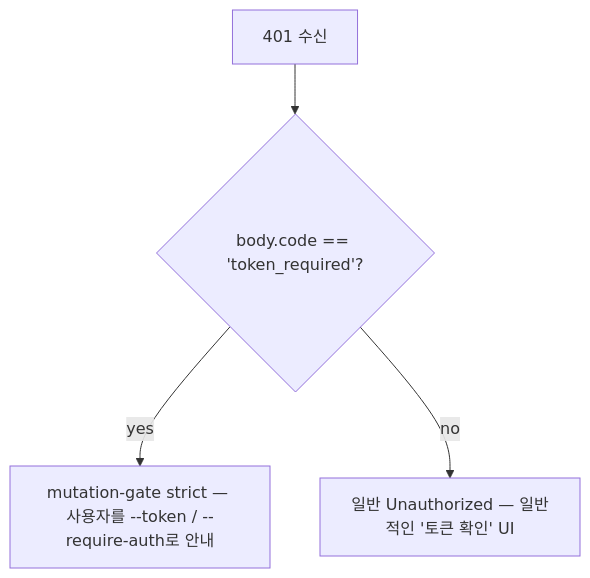
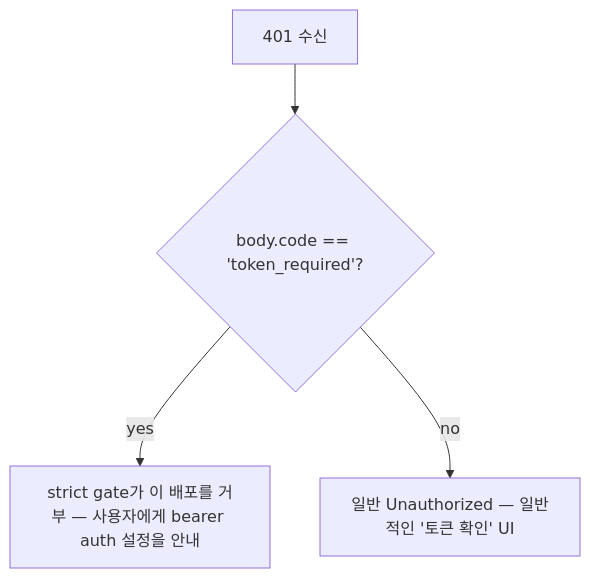
Before and after one commit to QwenLM/qwen-code-docs: the second of 2 diagrams in website/content/ko/developers/daemon/18-error-taxonomy.md, drawn with Mermaid. The commit also changed other lines of this file and 267 other files, not shown here.

````diff
--- a/website/content/ko/developers/daemon/18-error-taxonomy.md
+++ b/website/content/ko/developers/daemon/18-error-taxonomy.md
@@ -139,6 +139,6 @@
 ```mermaid
 flowchart TD
     A["401 수신"] --> B{"body.code == 'token_required'?"}
-    B -->|yes| C["mutation-gate strict — 사용자를 --token / --require-auth로 안내"]
+    B -->|yes| C["strict gate가 이 배포를 거부 — 사용자에게 bearer auth 설정을 안내"]
     B -->|no| D["일반 Unauthorized — 일반적인 '토큰 확인' UI"]
 ```
````
